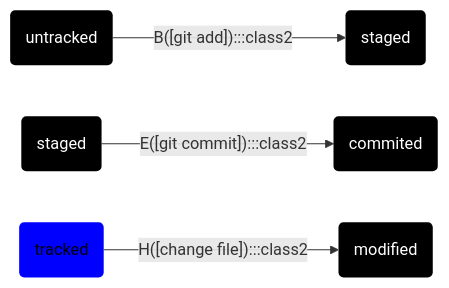
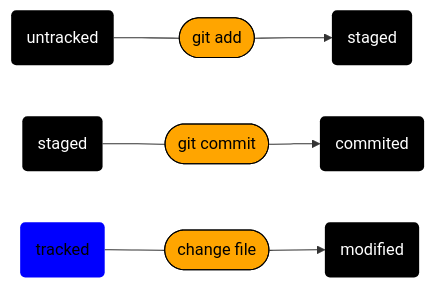
One commit to Botalchik/Second-project changed the second of 3 diagrams in README.md. Above: the diagram before and after it, drawn with Mermaid.

Commit message:
Создать гайд по Git: добавлены разделы Статусы в Git, подсказки; фикс формата

````diff
--- a/README.md
+++ b/README.md
@@ -69,9 +69,9 @@
 ```mermaid
 flowchart LR
 classDef class1 fill:#000000,stroke:#000000,stroke-width:0px,color:#fff
 classDef class2 fill:#ffa500,stroke:#000000,stroke-width:1px,color:#000000
 classDef class3 fill:#0000ff,stroke:#000000,stroke-width:0px,color:#000000
-A(untracked):::class1--B([git add]):::class2-->C(staged):::class1
-D(staged):::class1--E([git commit]):::class2-->F(commited):::class1
-G(tracked):::class3--H([change file]):::class2-->I(modified):::class1
+A(untracked):::class1---B([git add]):::class2-->C(staged):::class1
+D(staged):::class1---E([git commit]):::class2-->F(commited):::class1
+G(tracked):::class3---H([change file]):::class2-->I(modified):::class1
 ```
````
